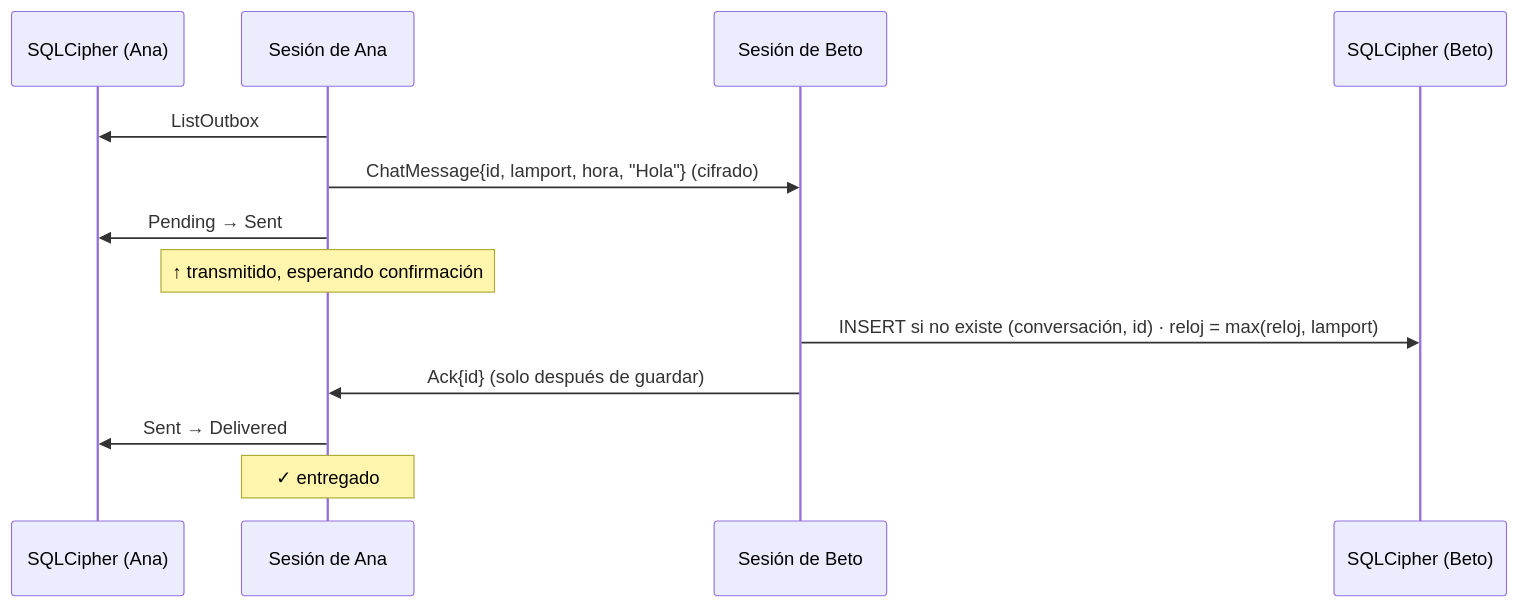
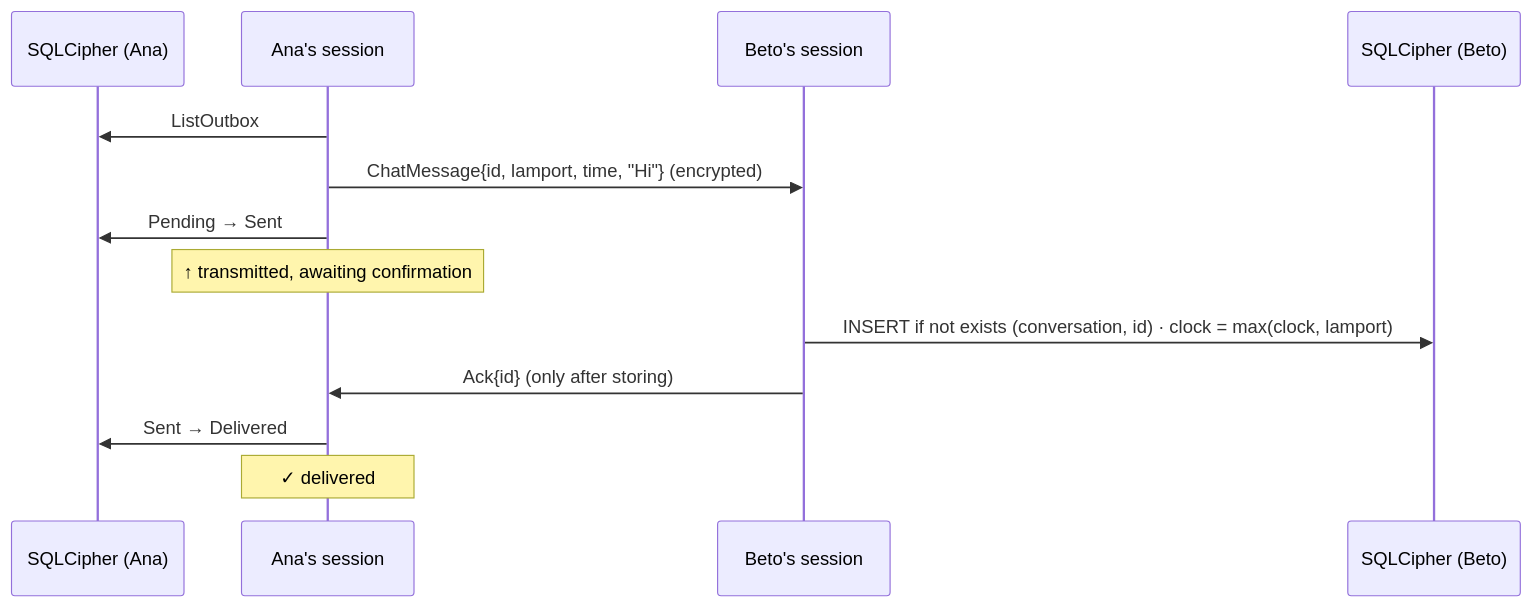
One commit to fsoftt/Murmur changed the fourth of 6 diagrams in website/guide/life-of-a-message.md. Above: the diagram before and after it, drawn with Mermaid. The commit also changed other lines of this file and 51 other files, not shown here.

````diff
--- a/website/guide/life-of-a-message.md
+++ b/website/guide/life-of-a-message.md
@@ -61,15 +61,15 @@
 ```mermaid
 sequenceDiagram
     participant DA as SQLCipher (Ana)
-    participant A as Sesión de Ana
-    participant B as Sesión de Beto
+    participant A as Ana's session
+    participant B as Beto's session
     participant DB as SQLCipher (Beto)
     A->>DA: ListOutbox
-    A->>B: ChatMessage{id, lamport, hora, "Hola"} (cifrado)
+    A->>B: ChatMessage{id, lamport, time, "Hi"} (encrypted)
     A->>DA: Pending → Sent
-    Note over A: ↑ transmitido, esperando confirmación
-    B->>DB: INSERT si no existe (conversación, id) · reloj = max(reloj, lamport)
-    B->>A: Ack{id} (solo después de guardar)
+    Note over A: ↑ transmitted, awaiting confirmation
+    B->>DB: INSERT if not exists (conversation, id) · clock = max(clock, lamport)
+    B->>A: Ack{id} (only after storing)
     A->>DA: Sent → Delivered
-    Note over A: ✓ entregado
+    Note over A: ✓ delivered
 ```
````
